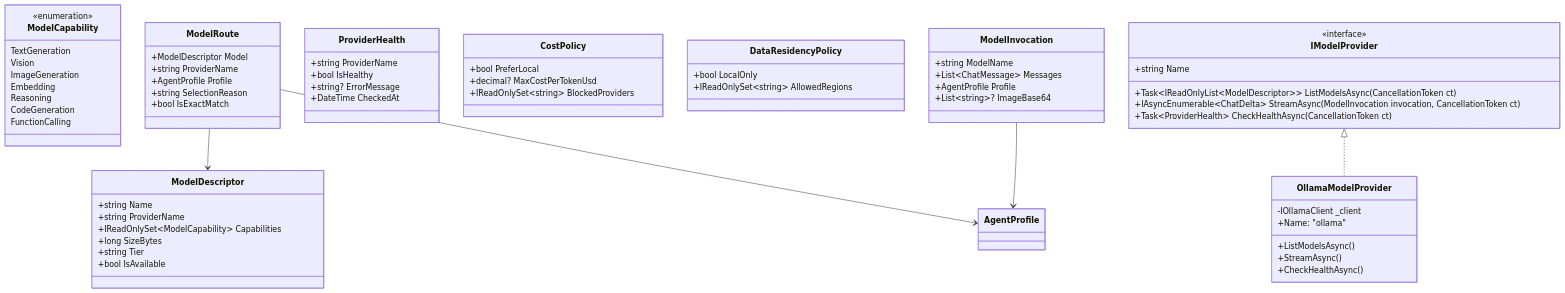
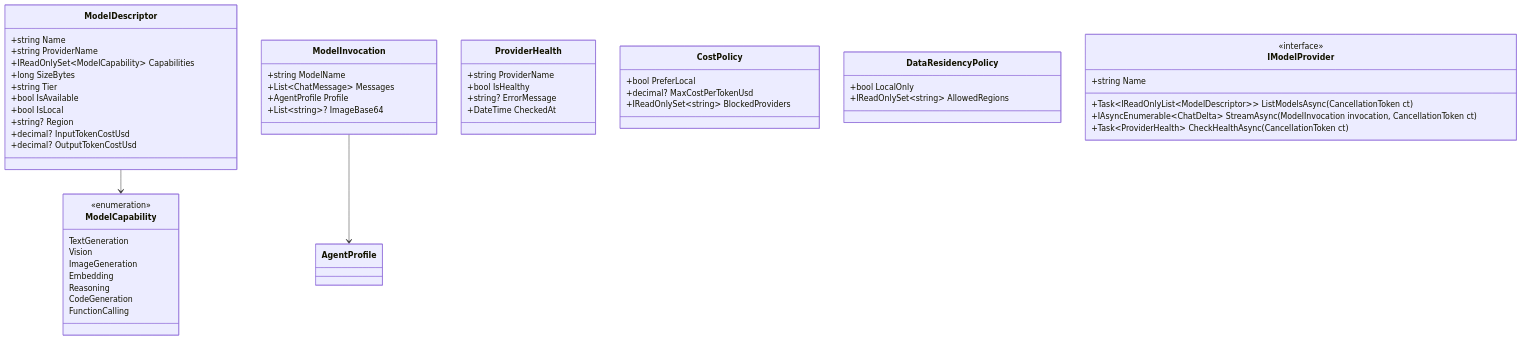
One commit to ekanatha-urivakili/EminentAiAgent changed the second of 19 diagrams in docs/AGENT_2_AGENT_ARCHITECTURE.md. Above: the diagram before and after it, drawn with Mermaid. The commit also changed other lines of this file and 58 other files, not shown here.

````diff
--- a/docs/AGENT_2_AGENT_ARCHITECTURE.md
+++ b/docs/AGENT_2_AGENT_ARCHITECTURE.md
@@ -297,76 +291,62 @@
 ```mermaid
 classDiagram
     class ModelCapability {
         <<enumeration>>
         TextGeneration
         Vision
         ImageGeneration
         Embedding
         Reasoning
         CodeGeneration
         FunctionCalling
     }
 
     class ModelDescriptor {
         +string Name
         +string ProviderName
         +IReadOnlySet~ModelCapability~ Capabilities
         +long SizeBytes
         +string Tier
         +bool IsAvailable
+        +bool IsLocal
+        +string? Region
+        +decimal? InputTokenCostUsd
+        +decimal? OutputTokenCostUsd
     }
 
-    class ModelRoute {
-        +ModelDescriptor Model
-        +string ProviderName
+    class ModelInvocation {
+        +string ModelName
+        +List~ChatMessage~ Messages
         +AgentProfile Profile
-        +string SelectionReason
-        +bool IsExactMatch
+        +List~string~? ImageBase64
     }
 
     class ProviderHealth {
         +string ProviderName
         +bool IsHealthy
         +string? ErrorMessage
         +DateTime CheckedAt
     }
 
     class CostPolicy {
         +bool PreferLocal
         +decimal? MaxCostPerTokenUsd
         +IReadOnlySet~string~ BlockedProviders
     }
 
     class DataResidencyPolicy {
         +bool LocalOnly
         +IReadOnlySet~string~ AllowedRegions
     }
 
     class IModelProvider {
         <<interface>>
         +string Name
         +Task~IReadOnlyList~ModelDescriptor~~ ListModelsAsync(CancellationToken ct)
         +IAsyncEnumerable~ChatDelta~ StreamAsync(ModelInvocation invocation, CancellationToken ct)
         +Task~ProviderHealth~ CheckHealthAsync(CancellationToken ct)
     }
 
-    class ModelInvocation {
-        +string ModelName
-        +List~ChatMessage~ Messages
-        +AgentProfile Profile
-        +List~string~? ImageBase64
-    }
-
-    class OllamaModelProvider {
-        -IOllamaClient _client
-        +Name: "ollama"
-        +ListModelsAsync()
-        +StreamAsync()
-        +CheckHealthAsync()
-    }
-
-    IModelProvider <|.. OllamaModelProvider
     ModelInvocation --> AgentProfile
-    ModelRoute --> ModelDescriptor
-    ModelRoute --> AgentProfile
+    ModelDescriptor --> ModelCapability
 ```
````
